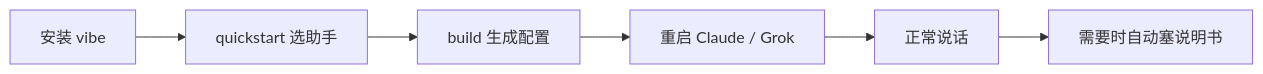
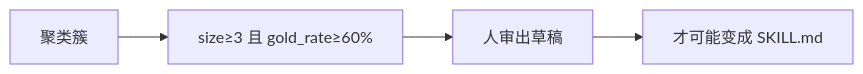
One commit to nehcuh/vibesop-py changed the fifth of 5 diagrams in docs/skill-routing-explained.md. Above: the diagram before and after it, drawn with Mermaid. The commit also changed other lines of this file and 3 other files, not shown here.

````diff
--- a/docs/skill-routing-explained.md
+++ b/docs/skill-routing-explained.md
@@ -299,8 +178,6 @@
 ```mermaid
 flowchart LR
-  A[安装 vibe] --> B[quickstart 选助手]
-  B --> C[build 生成配置]
-  C --> D[重启 Claude / Grok]
-  D --> E[正常说话]
-  E --> F[需要时自动塞说明书]
+    A["聚类簇"] --> B["size≥3 且 gold_rate≥60%"]
+    B --> C["人审出草稿"]
+    C --> D["才可能变成 SKILL.md"]
 ```
````
